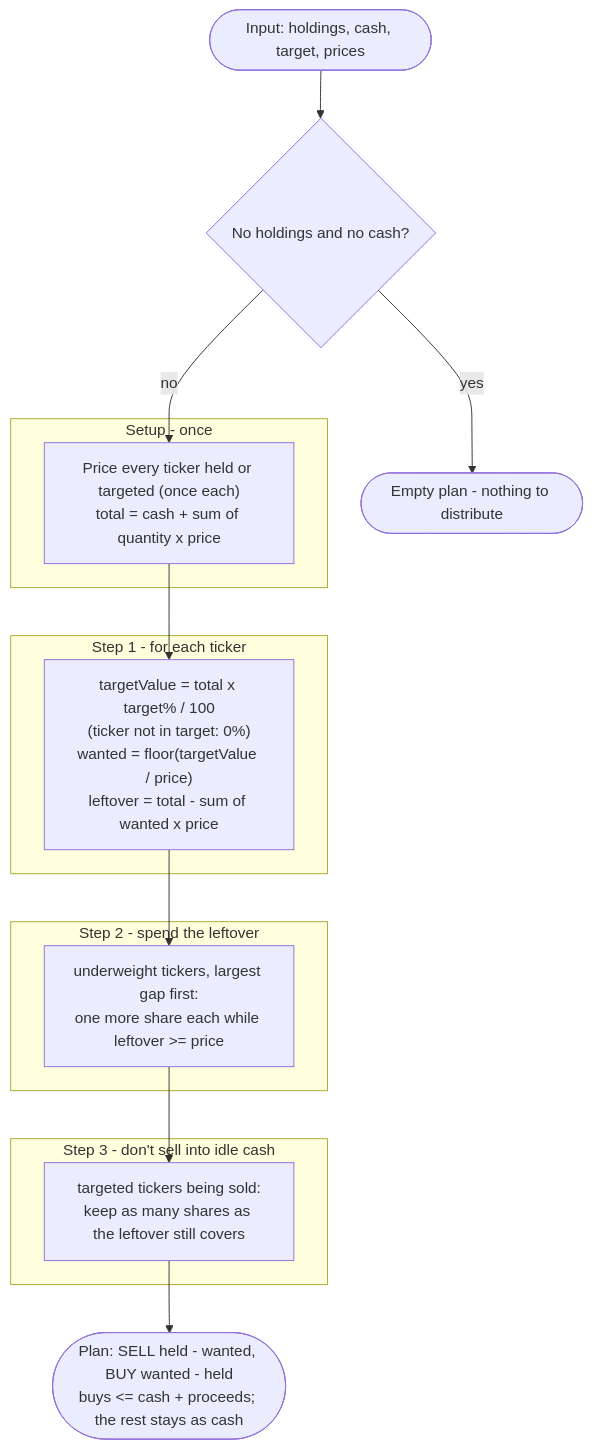
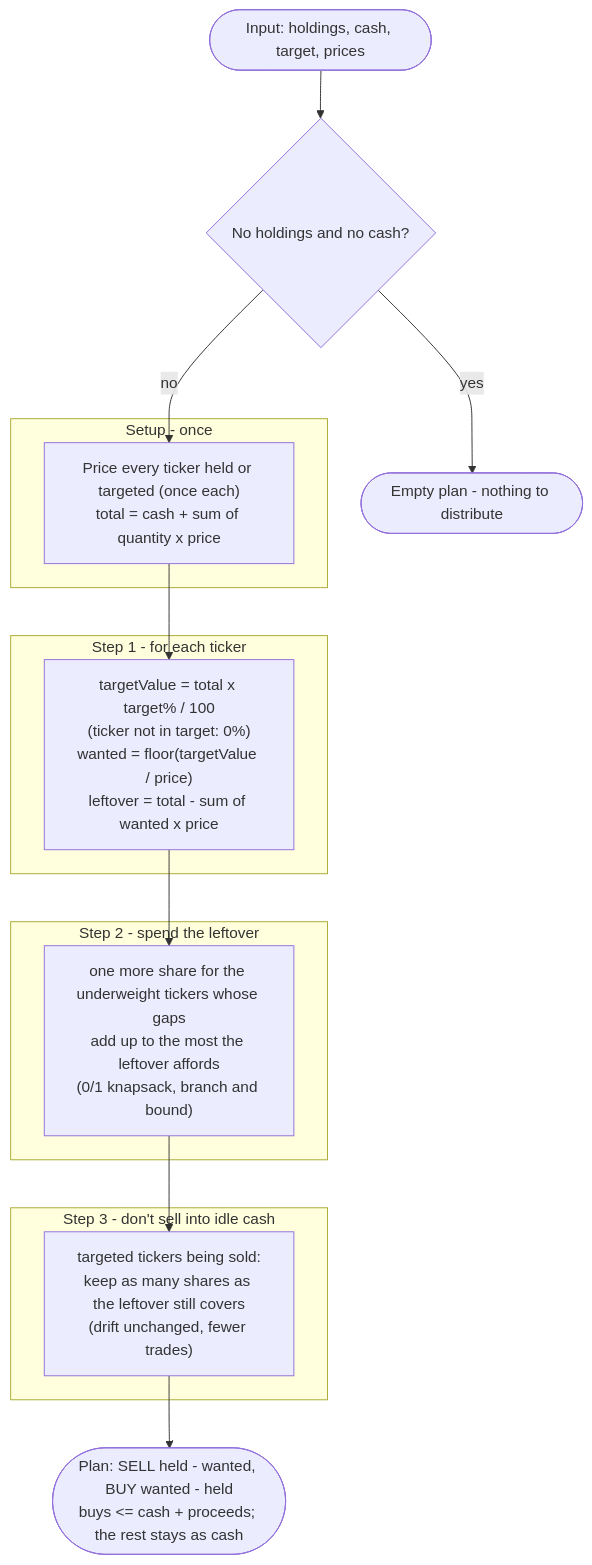
The fourth of 5 diagrams in docs/ARCHITECTURE.md (carlos-vegamu/PortfolioManagement), drawn with Mermaid before and after one commit. The commit also changed other lines of this file and 19 other files, not shown here.

````diff
--- a/docs/ARCHITECTURE.md
+++ b/docs/ARCHITECTURE.md
@@ -271,32 +287,32 @@
 ```mermaid
 flowchart TD
     A(["Input: holdings, cash, target, prices"])
     B{"No holdings and no cash?"}
     Z(["Empty plan - nothing to distribute"])
 
     subgraph setup["Setup - once"]
         C["Price every ticker held or targeted (once each)<br/>total = cash + sum of quantity x price"]
     end
 
     subgraph step1["Step 1 - for each ticker"]
         D["targetValue = total x target% / 100<br/>(ticker not in target: 0%)<br/>wanted = floor(targetValue / price)<br/>leftover = total - sum of wanted x price"]
     end
 
     subgraph step2["Step 2 - spend the leftover"]
-        E["underweight tickers, largest gap first:<br/>one more share each while leftover >= price"]
+        E["one more share for the underweight tickers whose gaps<br/>add up to the most the leftover affords<br/>(0/1 knapsack, branch and bound)"]
     end
 
     subgraph step3["Step 3 - don't sell into idle cash"]
-        F["targeted tickers being sold:<br/>keep as many shares as the leftover still covers"]
+        F["targeted tickers being sold:<br/>keep as many shares as the leftover still covers<br/>(drift unchanged, fewer trades)"]
     end
 
     L(["Plan: SELL held - wanted, BUY wanted - held<br/>buys <= cash + proceeds; the rest stays as cash"])
 
     A --> B
     B -- yes --> Z
     B -- no --> C
     C --> D
     D --> E
     E --> F
     F --> L
 ```
````
